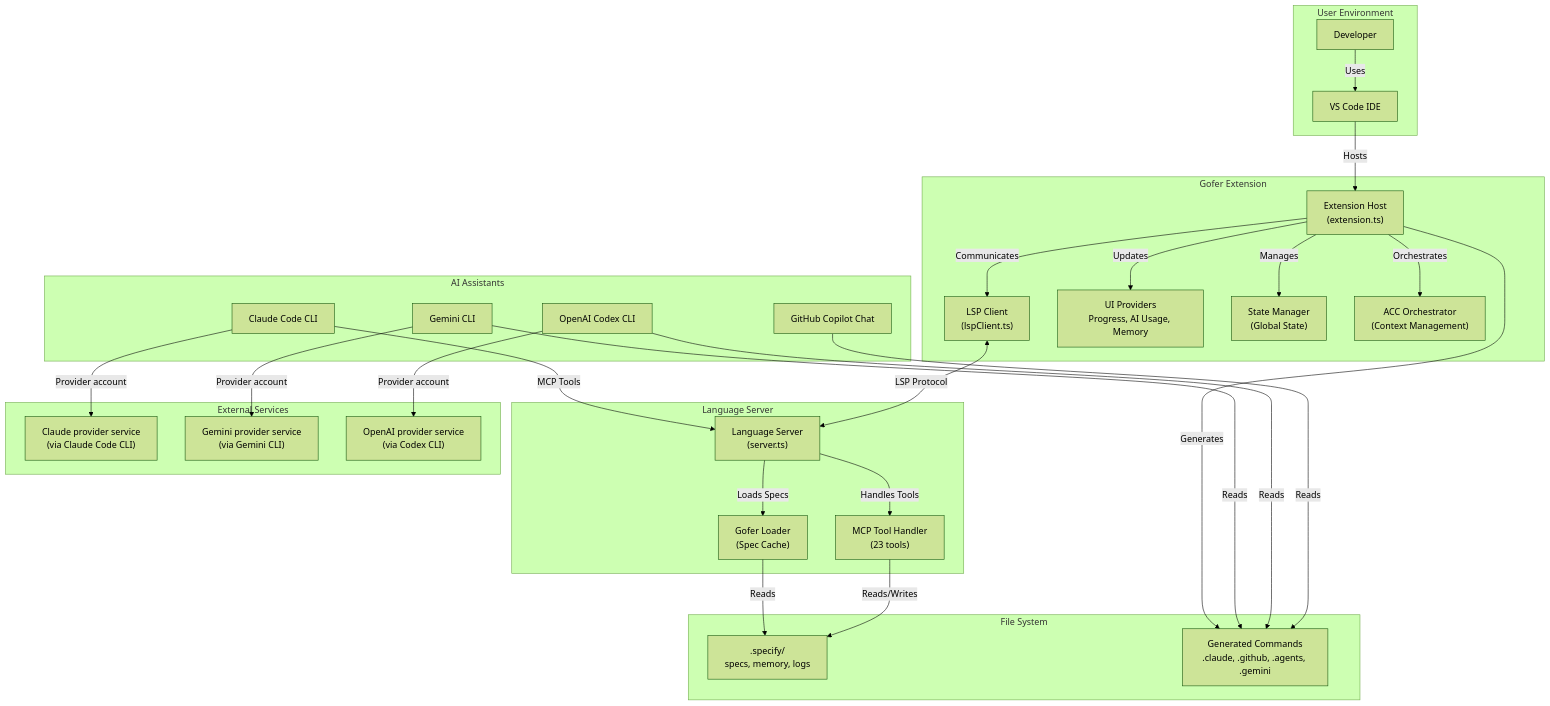
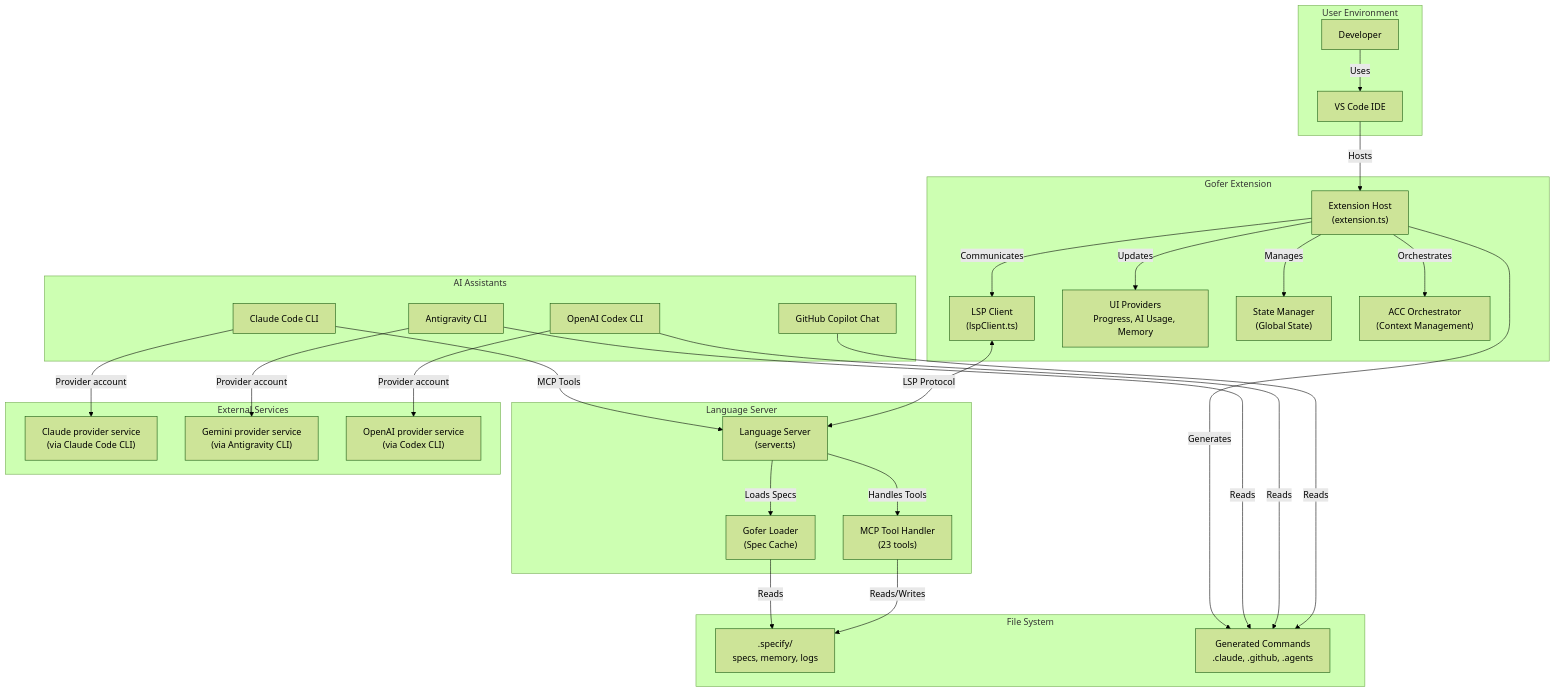
One commit to eai-support/eai-gofer changed the first of 6 diagrams in .tech-docs/architecture.md. Above: the diagram before and after it, drawn with Mermaid (forest theme). The commit also changed other lines of this file and 1074 other files, not shown here.

````diff
--- a/.tech-docs/architecture.md
+++ b/.tech-docs/architecture.md
@@ -20,62 +20,62 @@
 ```mermaid
 flowchart TB
     subgraph "User Environment"
         VSCode["VS Code IDE"]
         User["Developer"]
     end
 
     subgraph "Gofer Extension"
         ExtHost["Extension Host<br/>(extension.ts)"]
         LSPClient["LSP Client<br/>(lspClient.ts)"]
         UI["UI Providers<br/>Progress, AI Usage, Memory"]
         StateManager["State Manager<br/>(Global State)"]
         ACCOrch["ACC Orchestrator<br/>(Context Management)"]
     end
 
     subgraph "Language Server"
         LSPServer["Language Server<br/>(server.ts)"]
         MCPHandler["MCP Tool Handler<br/>(23 tools)"]
         GoferLoader["Gofer Loader<br/>(Spec Cache)"]
     end
 
     subgraph "AI Assistants"
         Claude["Claude Code CLI"]
         Copilot["GitHub Copilot Chat"]
         Codex["OpenAI Codex CLI"]
-        Gemini["Gemini CLI"]
+        Gemini["Antigravity CLI"]
     end
 
     subgraph "File System"
         Specify[".specify/<br/>specs, memory, logs"]
-        Generated["Generated Commands<br/>.claude, .github, .agents, .gemini"]
+        Generated["Generated Commands<br/>.claude, .github, .agents"]
     end
 
     subgraph "External Services"
         ClaudeService["Claude provider service<br/>(via Claude Code CLI)"]
-        GeminiService["Gemini provider service<br/>(via Gemini CLI)"]
+        GeminiService["Gemini provider service<br/>(via Antigravity CLI)"]
         CodexService["OpenAI provider service<br/>(via Codex CLI)"]
     end
 
     User -->|Uses| VSCode
     VSCode -->|Hosts| ExtHost
     ExtHost -->|Communicates| LSPClient
     LSPClient <-->|LSP Protocol| LSPServer
     ExtHost -->|Updates| UI
     ExtHost -->|Manages| StateManager
     ExtHost -->|Orchestrates| ACCOrch
 
     LSPServer -->|Handles Tools| MCPHandler
     LSPServer -->|Loads Specs| GoferLoader
     MCPHandler -->|Reads/Writes| Specify
     GoferLoader -->|Reads| Specify
 
     Claude -->|MCP Tools| LSPServer
     Copilot -->|Reads| Generated
     Codex -->|Reads| Generated
     Gemini -->|Reads| Generated
 
     ExtHost -->|Generates| Generated
     Claude -->|Provider account| ClaudeService
     Gemini -->|Provider account| GeminiService
     Codex -->|Provider account| CodexService
 ```
````
